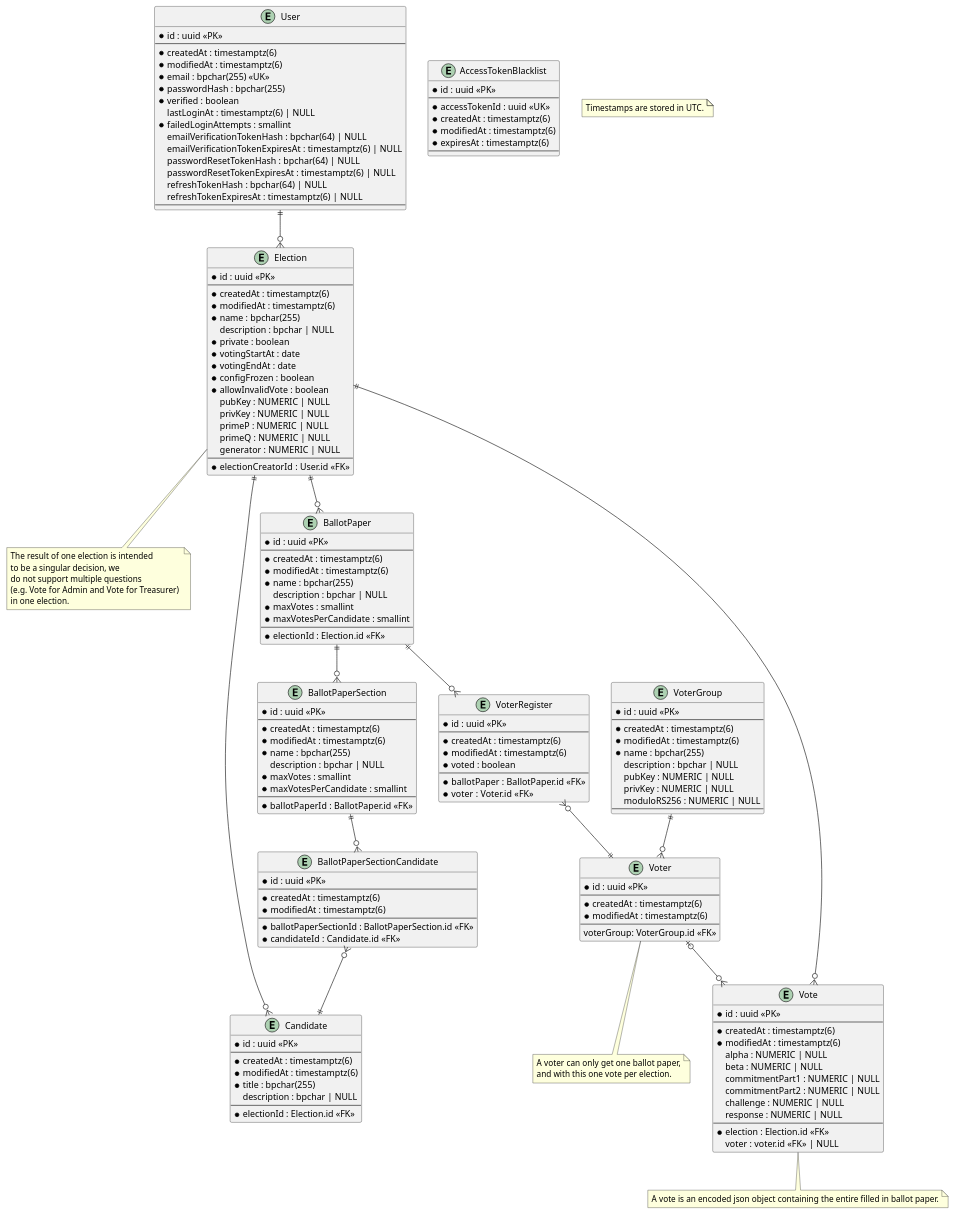
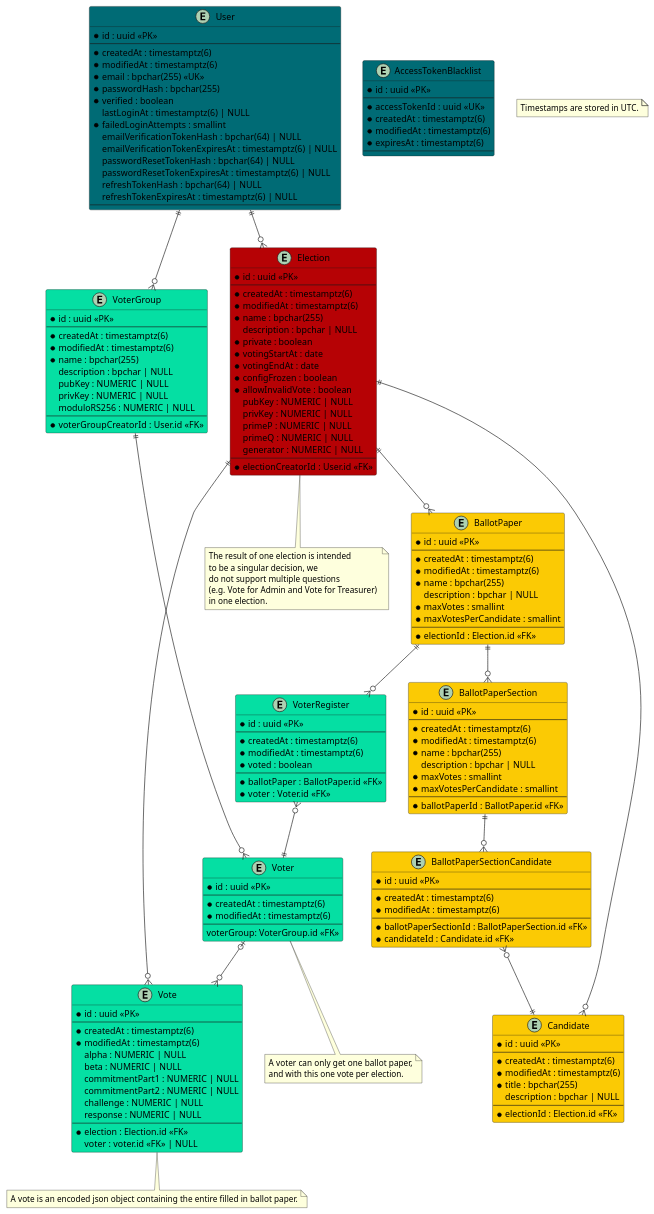
Before and after one commit to SE-UUlm/votura: the diagram in apps/docs/static/uml/dataModel.puml, drawn with PlantUML.

Commit message:
#119: add a owner / user to a VoterGroup

```diff
--- a/apps/docs/static/uml/dataModel.puml
+++ b/apps/docs/static/uml/dataModel.puml
@@ -1,198 +1,200 @@
 @startuml dataModel
 
-entity "User" as user {
+entity "User" as user #006b75 {
     * id : uuid <<PK>>
     --
     * createdAt : timestamptz(6)
     * modifiedAt : timestamptz(6)
     * email : bpchar(255) <<UK>>
     * passwordHash : bpchar(255)
     * verified : boolean
     lastLoginAt : timestamptz(6) | NULL
     ' failed login attempts get reset on successful login
     * failedLoginAttempts : smallint
     emailVerificationTokenHash : bpchar(64) | NULL
     emailVerificationTokenExpiresAt : timestamptz(6) | NULL
     passwordResetTokenHash : bpchar(64) | NULL
     passwordResetTokenExpiresAt : timestamptz(6) | NULL
     refreshTokenHash : bpchar(64) | NULL
     refreshTokenExpiresAt : timestamptz(6) | NULL
     --
 }
 
-entity "AccessTokenBlacklist" as jwtBlacklist {
+entity "AccessTokenBlacklist" as jwtBlacklist #006b75 {
     ' this table is used to store blacklisted access tokens
     ' The jti is 36 characters long if we use UUIDv4
     * id : uuid <<PK>>
     --
     * accessTokenId : uuid <<UK>>
     * createdAt : timestamptz(6)
     * modifiedAt : timestamptz(6)
     * expiresAt : timestamptz(6)
     --
 }
 
-entity "Election" as elections {
+entity "Election" as elections #b60205 {
     * id : uuid <<PK>>
     --
     * createdAt : timestamptz(6)
     * modifiedAt : timestamptz(6)
     * name : bpchar(255)
     description : bpchar | NULL
     * private : boolean
     * votingStartAt : date
     * votingEndAt : date
     * configFrozen : boolean
     * allowInvalidVote : boolean
     ' Is there a use case for `votesCounted`?
     ' * votesCounted : boolean
     ' Computed values such as validVotes and invalidVotes are critical - do we really want to store them?
     ' validVotes : integer | NULL
     ' invalidVotes : integer | NULL
     pubKey : NUMERIC | NULL
     privKey : NUMERIC | NULL
     primeP : NUMERIC | NULL
     primeQ : NUMERIC | NULL
     generator : NUMERIC | NULL
     --
     * electionCreatorId : User.id <<FK>>
 }
 
 note as N2
 The result of one election is intended 
 to be a singular decision, we 
 do not support multiple questions 
 (e.g. Vote for Admin and Vote for Treasurer) 
 in one election.
 end note
 
-entity "BallotPaper" as ballotPapers {
+entity "BallotPaper" as ballotPapers #fbca04 {
     * id : uuid <<PK>>
     --
     * createdAt : timestamptz(6)
     * modifiedAt : timestamptz(6)
     * name : bpchar(255)
     description : bpchar | NULL
     * maxVotes : smallint
     * maxVotesPerCandidate : smallint
     --
     * electionId : Election.id <<FK>>
 }
 
-entity "BallotPaperSection" as ballotPaperSections {
+entity "BallotPaperSection" as ballotPaperSections #fbca04 {
     * id : uuid <<PK>>
     --
     * createdAt : timestamptz(6)
     * modifiedAt : timestamptz(6)
     * name : bpchar(255)
     description : bpchar | NULL
     * maxVotes : smallint
     * maxVotesPerCandidate : smallint
     --
     * ballotPaperId : BallotPaper.id <<FK>>
 }
 ' note as C_2
 ' If at least two ballotPaperSections are created for one ballotPaper, 
 ' the name field of the ballotPaperSections is mandatory.
 ' end note
 
-entity "BallotPaperSectionCandidate" as ballotPaperSectionCandidates {
+entity "BallotPaperSectionCandidate" as ballotPaperSectionCandidates #fbca04 {
     * id : uuid <<PK>>
     --
     * createdAt : timestamptz(6)
     * modifiedAt : timestamptz(6)
     --
     * ballotPaperSectionId : BallotPaperSection.id <<FK>>
     * candidateId : Candidate.id <<FK>>
 }
 
-entity "Candidate" as candidates {
+entity "Candidate" as candidates #fbca04 {
     * id : uuid <<PK>>
     --
     * createdAt : timestamptz(6)
     * modifiedAt : timestamptz(6)
     * title : bpchar(255)
     description : bpchar | NULL
     --
     * electionId : Election.id <<FK>>
 }
 
-entity "Vote" as votes {
+entity "Vote" as votes #05DFA3 {
     * id : uuid <<PK>>
     --
     * createdAt : timestamptz(6)
     * modifiedAt : timestamptz(6)
     alpha : NUMERIC | NULL
     beta : NUMERIC | NULL
     commitmentPart1 : NUMERIC | NULL
     commitmentPart2 : NUMERIC | NULL
     challenge : NUMERIC | NULL
     response : NUMERIC | NULL
     --
     * election : Election.id <<FK>>
     ' if the vote isn't secret, voter can be saved
     voter : voter.id <<FK>> | NULL
 }
 note as N4
 A vote is an encoded json object containing the entire filled in ballot paper.
 end note
 
-entity "VoterRegister" as voterRegisters {
+entity "VoterRegister" as voterRegisters #05DFA3 {
     * id : uuid <<PK>>
     --
     * createdAt : timestamptz(6)
     * modifiedAt : timestamptz(6)
     * voted : boolean
     --
     * ballotPaper : BallotPaper.id <<FK>>
     * voter : Voter.id <<FK>>
 }
 
-entity "Voter" as voters {
+entity "Voter" as voters #05DFA3 {
     * id : uuid <<PK>>
     --
     * createdAt : timestamptz(6)
     * modifiedAt : timestamptz(6)
     --
     voterGroup: VoterGroup.id <<FK>>
 }
 note as N3
 A voter can only get one ballot paper,
 and with this one vote per election.
 end note
 
-entity "VoterGroup" as voterGroups {
+entity "VoterGroup" as voterGroups #05DFA3 {
     * id : uuid <<PK>>
     --
     * createdAt : timestamptz(6)
     * modifiedAt : timestamptz(6)
     * name : bpchar(255)
     description : bpchar | NULL
     pubKey : NUMERIC | NULL
     privKey : NUMERIC | NULL
     moduloRS256 : NUMERIC | NULL
     --
+    * voterGroupCreatorId : User.id <<FK>>
 }
 
 note as N1
 Timestamps are stored in UTC.
 end note
 
 user ||--o{ elections
+user ||--o{ voterGroups
 elections ||--o{ ballotPapers
 elections -- N2
 elections ||--o{ candidates
 ballotPapers ||--o{ voterRegisters
 voterRegisters }o--|| voters
 ballotPapers ||--o{ ballotPaperSections
 ' ballotPaperSections -- C_2
 ballotPaperSections ||--o{ ballotPaperSectionCandidates
 ballotPaperSectionCandidates }o--|| candidates
 votes }o--|| elections
 voters |o--o{ votes
 voterGroups ||--o{ voters
 voters -- N3
 votes -- N4
 
 
 @enduml
```
